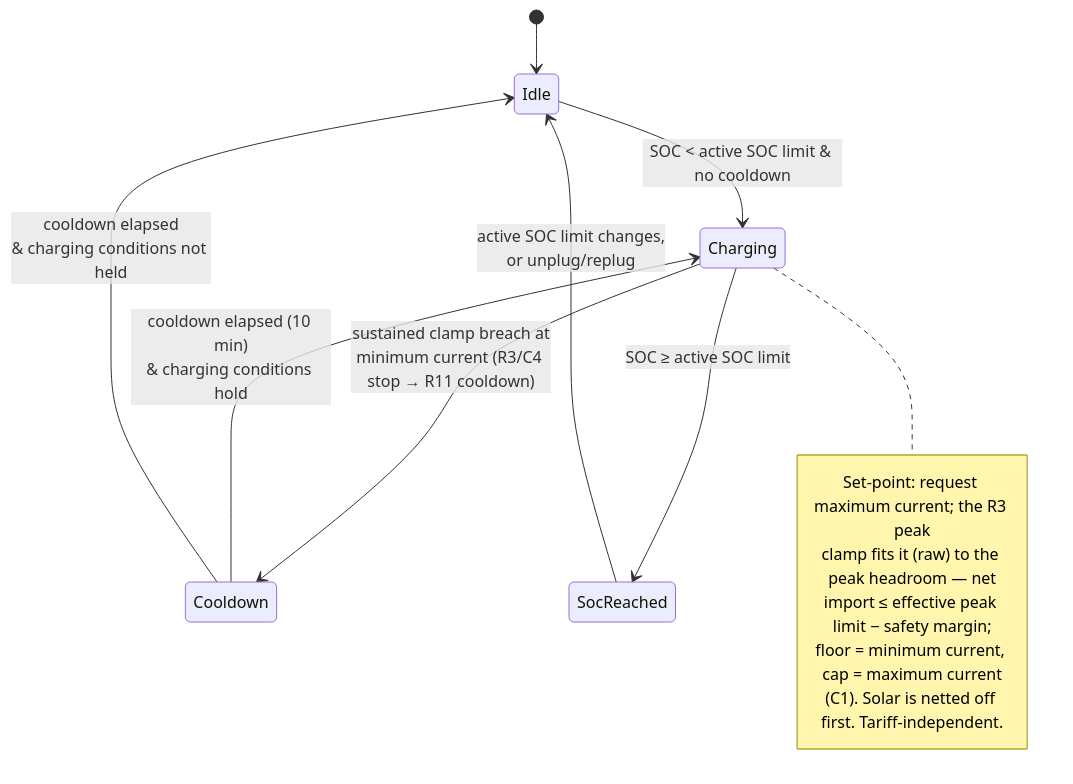
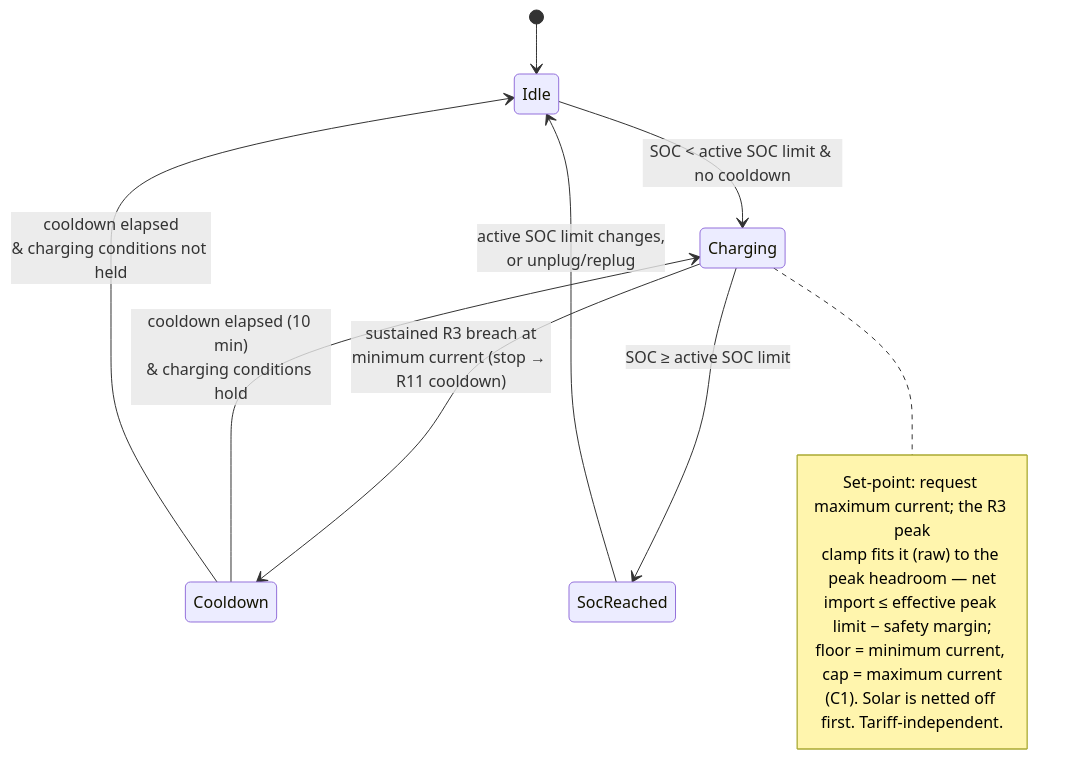
The diagram in docs/analysis/use-cases/UC03-charge-from-grid-within-captar-limit.md (kristofdegrave/homeassistant-smart-charging), drawn with Mermaid before and after one commit. The commit also changed other lines of this file and 1 other file, not shown here.

````diff
--- a/docs/analysis/use-cases/UC03-charge-from-grid-within-captar-limit.md
+++ b/docs/analysis/use-cases/UC03-charge-from-grid-within-captar-limit.md
@@ -94,17 +94,17 @@
 ```mermaid
 stateDiagram-v2
     [*] --> Idle
     Idle --> Charging: SOC < active SOC limit & no cooldown
-    Charging --> Cooldown: sustained clamp breach at<br/>minimum current (R3/C4 stop → R11 cooldown)
+    Charging --> Cooldown: sustained R3 breach at<br/>minimum current (stop → R11 cooldown)
     Charging --> SocReached: SOC ≥ active SOC limit
     Cooldown --> Charging: cooldown elapsed (10 min)<br/>& charging conditions hold
     Cooldown --> Idle: cooldown elapsed<br/>& charging conditions not held
     SocReached --> Idle: active SOC limit changes,<br/>or unplug/replug
     note right of Charging
         Set-point: request maximum current; the R3 peak
         clamp fits it (raw) to the peak headroom — net
         import ≤ effective peak limit − safety margin;
         floor = minimum current, cap = maximum current
         (C1). Solar is netted off first. Tariff-independent.
     end note
 ```
````
